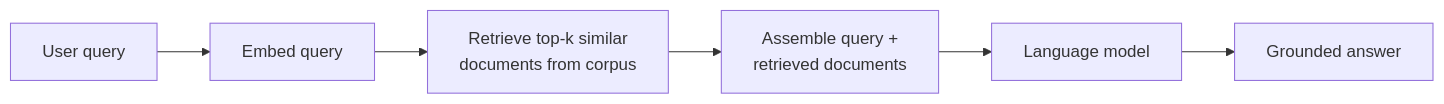
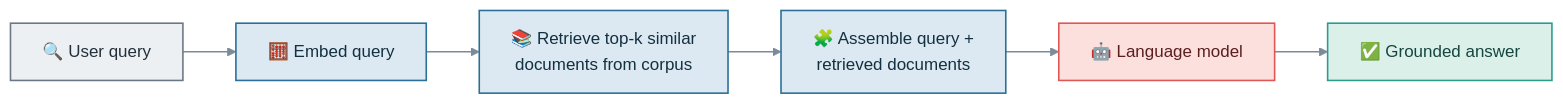
Before and after one commit to nitishkpandey/SupplierMind: the first of 3 diagrams in thesis/foundation.md, drawn with Mermaid. The commit also changed other lines of this file and 24 other files, not shown here.

First line of the commit message:
Add Chapter 5 result charts and colourful diagram images

````diff
--- a/thesis/foundation.md
+++ b/thesis/foundation.md
@@ -173,8 +173,19 @@
 ```mermaid
+%%{init: {"flowchart": {"curve": "linear", "htmlLabels": true}}}%%
 flowchart LR
-    Q["User query"] --> E["Embed query"]
-    E --> R["Retrieve top-k similar<br/>documents from corpus"]
-    R --> C["Assemble query +<br/>retrieved documents"]
-    C --> L["Language model"]
-    L --> A["Grounded answer"]
+    Q["🔍 User query"] --> E["🧮 Embed query"]
+    E --> R["📚 Retrieve top-k similar<br/>documents from corpus"]
+    R --> C["🧩 Assemble query +<br/>retrieved documents"]
+    C --> L["🤖 Language model"]
+    L --> A["✅ Grounded answer"]
+
+    classDef io fill:#EDF0F2,stroke:#6B7785,stroke-width:1.5px,color:#22303C;
+    classDef proc fill:#DCE9F2,stroke:#2A6F97,stroke-width:1.5px,color:#12303F;
+    classDef api fill:#FBE0DE,stroke:#E15554,stroke-width:1.5px,color:#5A1E1E;
+    classDef done fill:#DCF0EA,stroke:#2A9D8F,stroke-width:1.5px,color:#14463F;
+    class Q io;
+    class E,R,C proc;
+    class L api;
+    class A done;
+    linkStyle default stroke:#7C8B98,stroke-width:1.5px;
 ```
````
